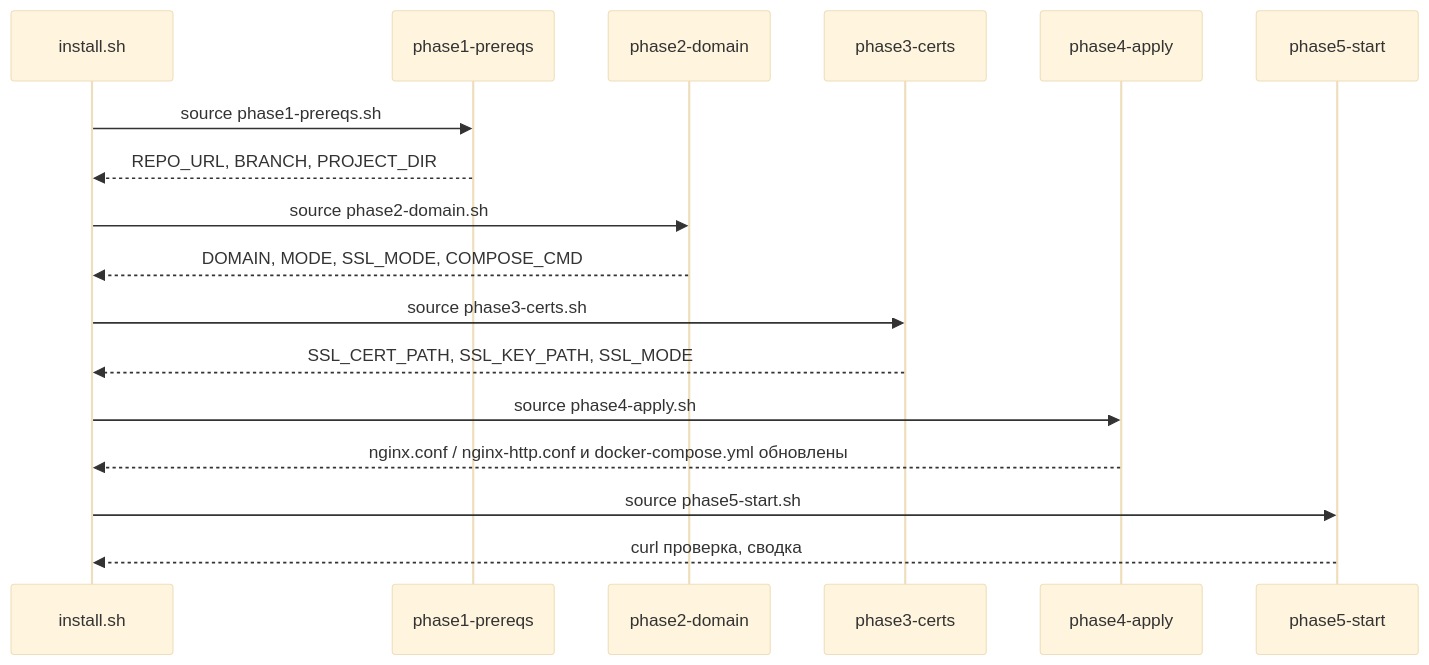
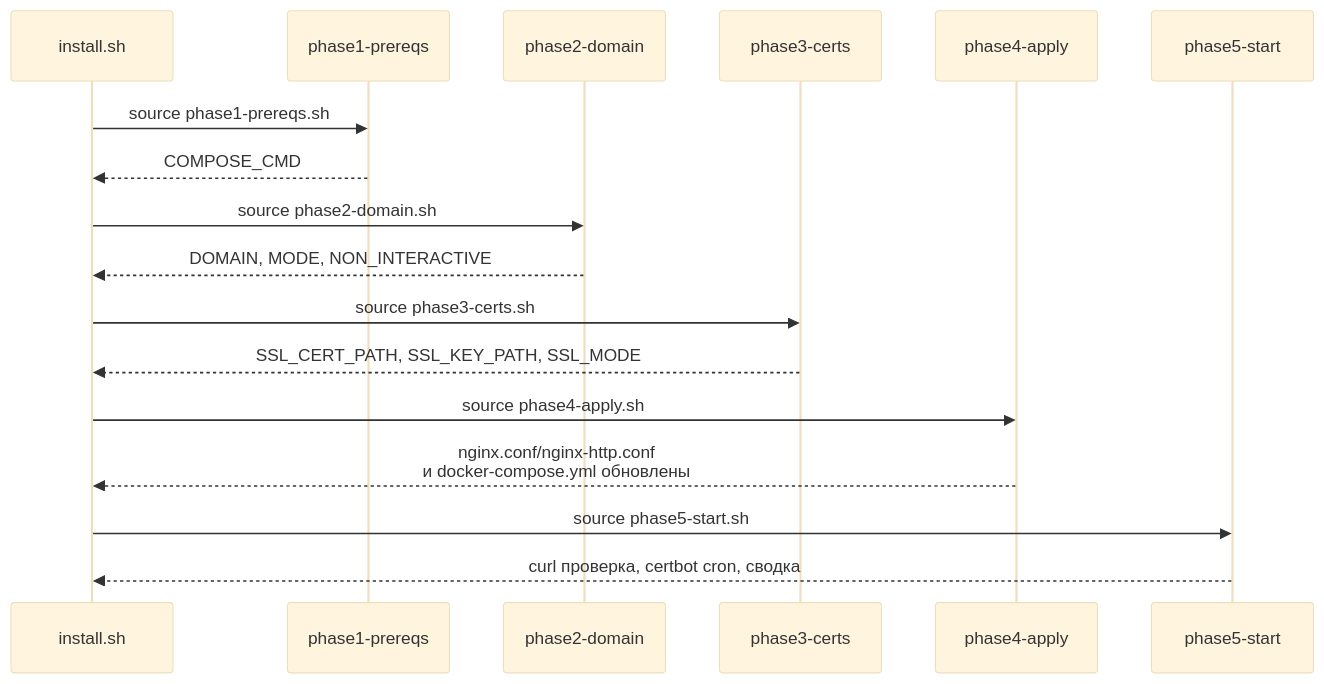
One commit to iqubik/myfakesite changed diagram 11 of 11 in docs/architecture.md. Above: the diagram before and after it, drawn with Mermaid (base theme). The commit also changed other lines of this file, not shown here.

````diff
--- a/docs/architecture.md
+++ b/docs/architecture.md
@@ -351,24 +391,24 @@
 ```mermaid
 sequenceDiagram
   participant I as install.sh
   participant P1 as phase1-prereqs
   participant P2 as phase2-domain
   participant P3 as phase3-certs
   participant P4 as phase4-apply
   participant P5 as phase5-start
 
   I->>P1: source phase1-prereqs.sh
-  P1-->>I: REPO_URL, BRANCH, PROJECT_DIR
+  P1-->>I: COMPOSE_CMD
 
   I->>P2: source phase2-domain.sh
-  P2-->>I: DOMAIN, MODE, SSL_MODE, COMPOSE_CMD
+  P2-->>I: DOMAIN, MODE, NON_INTERACTIVE
 
   I->>P3: source phase3-certs.sh
   P3-->>I: SSL_CERT_PATH, SSL_KEY_PATH, SSL_MODE
 
   I->>P4: source phase4-apply.sh
-  P4-->>I: nginx.conf / nginx-http.conf и docker-compose.yml обновлены
+  P4-->>I: nginx.conf/nginx-http.conf<br/>и docker-compose.yml обновлены
 
   I->>P5: source phase5-start.sh
-  P5-->>I: curl проверка, сводка
+  P5-->>I: curl проверка, certbot cron, сводка
 ```
````
